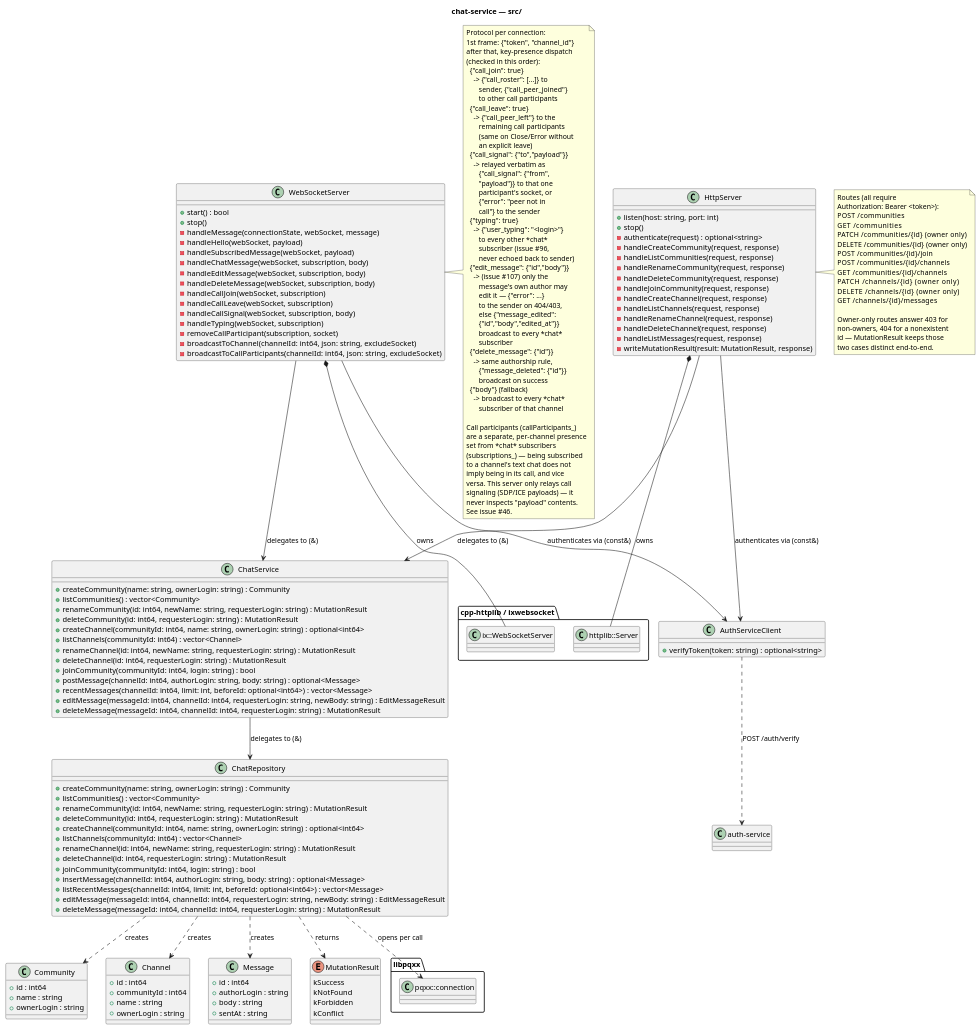
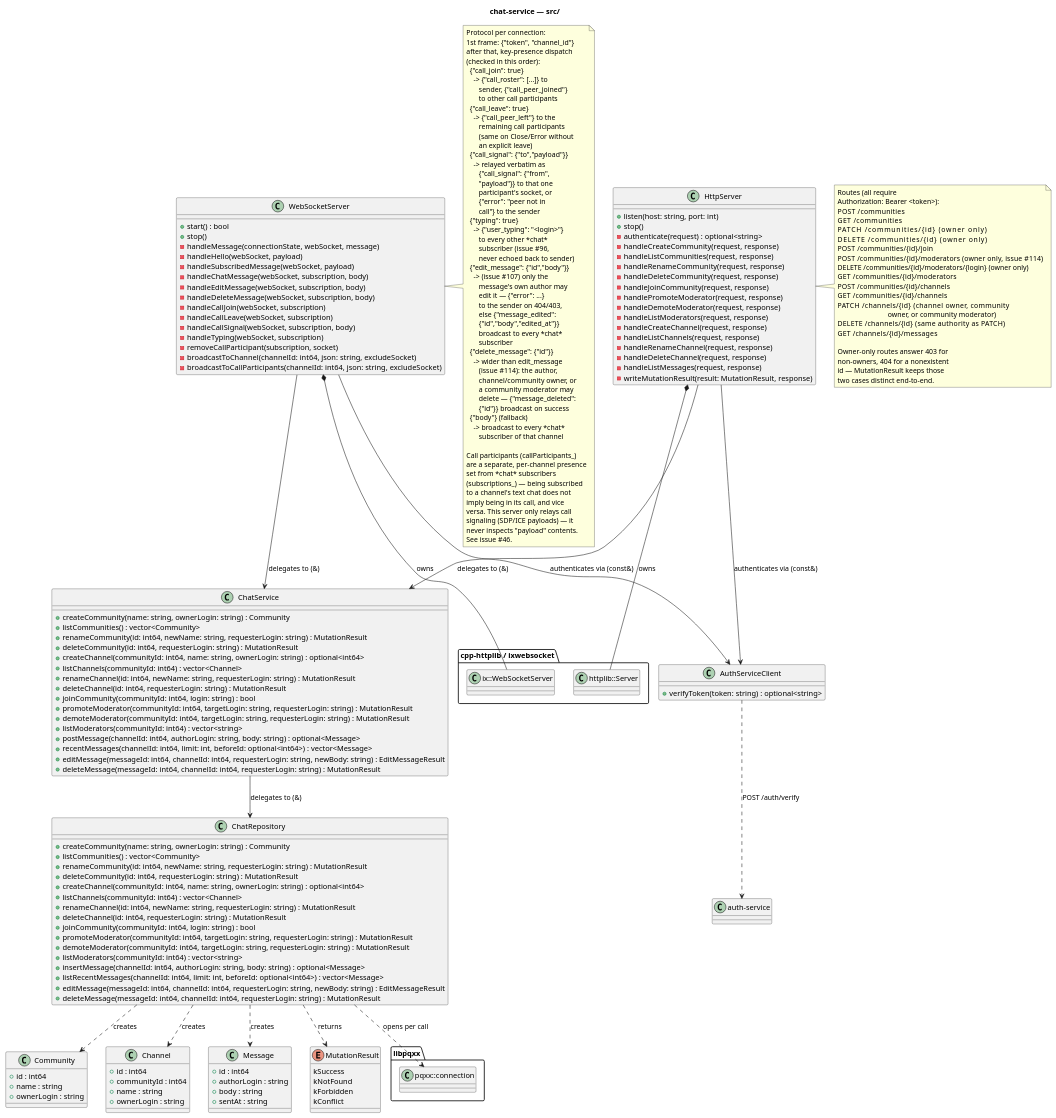
One commit to NekrasovIS/Exp changed the diagram in services/chat-service/docs/diagrams/chat-service.puml. Above: the diagram before and after it, drawn with PlantUML. The commit also changed 29 other files, not shown here.

```diff
--- a/services/chat-service/docs/diagrams/chat-service.puml
+++ b/services/chat-service/docs/diagrams/chat-service.puml
@@ -44,6 +44,9 @@
   +renameChannel(id: int64, newName: string, requesterLogin: string) : MutationResult
   +deleteChannel(id: int64, requesterLogin: string) : MutationResult
   +joinCommunity(communityId: int64, login: string) : bool
+  +promoteModerator(communityId: int64, targetLogin: string, requesterLogin: string) : MutationResult
+  +demoteModerator(communityId: int64, targetLogin: string, requesterLogin: string) : MutationResult
+  +listModerators(communityId: int64) : vector<string>
   +insertMessage(channelId: int64, authorLogin: string, body: string) : optional<Message>
   +listRecentMessages(channelId: int64, limit: int, beforeId: optional<int64>) : vector<Message>
   +editMessage(messageId: int64, channelId: int64, requesterLogin: string, newBody: string) : EditMessageResult
@@ -65,6 +68,9 @@
   +renameChannel(id: int64, newName: string, requesterLogin: string) : MutationResult
   +deleteChannel(id: int64, requesterLogin: string) : MutationResult
   +joinCommunity(communityId: int64, login: string) : bool
+  +promoteModerator(communityId: int64, targetLogin: string, requesterLogin: string) : MutationResult
+  +demoteModerator(communityId: int64, targetLogin: string, requesterLogin: string) : MutationResult
+  +listModerators(communityId: int64) : vector<string>
   +postMessage(channelId: int64, authorLogin: string, body: string) : optional<Message>
   +recentMessages(channelId: int64, limit: int, beforeId: optional<int64>) : vector<Message>
   +editMessage(messageId: int64, channelId: int64, requesterLogin: string, newBody: string) : EditMessageResult
@@ -86,6 +92,9 @@
   -handleRenameCommunity(request, response)
   -handleDeleteCommunity(request, response)
   -handleJoinCommunity(request, response)
+  -handlePromoteModerator(request, response)
+  -handleDemoteModerator(request, response)
+  -handleListModerators(request, response)
   -handleCreateChannel(request, response)
   -handleListChannels(request, response)
   -handleRenameChannel(request, response)
@@ -123,13 +132,17 @@
   Authorization: Bearer <token>):
   POST   /communities
   GET    /communities
-  PATCH  /communities/{id}   (owner only)
-  DELETE /communities/{id}   (owner only)
+  PATCH  /communities/{id}              (owner only)
+  DELETE /communities/{id}              (owner only)
   POST   /communities/{id}/join
+  POST   /communities/{id}/moderators   (owner only, issue #114)
+  DELETE /communities/{id}/moderators/{login} (owner only)
+  GET    /communities/{id}/moderators
   POST   /communities/{id}/channels
   GET    /communities/{id}/channels
-  PATCH  /channels/{id}      (owner only)
-  DELETE /channels/{id}      (owner only)
+  PATCH  /channels/{id}      (channel owner, community
+                              owner, or community moderator)
+  DELETE /channels/{id}      (same authority as PATCH)
   GET    /channels/{id}/messages
 
   Owner-only routes answer 403 for
@@ -174,9 +187,12 @@
          broadcast to every *chat*
          subscriber
     {"delete_message": {"id"}}
-      -> same authorship rule,
-         {"message_deleted": {"id"}}
-         broadcast on success
+      -> wider than edit_message
+         (issue #114): the author,
+         channel/community owner, or
+         a community moderator may
+         delete — {"message_deleted":
+         {"id"}} broadcast on success
     {"body"} (fallback)
       -> broadcast to every *chat*
          subscriber of that channel
```
